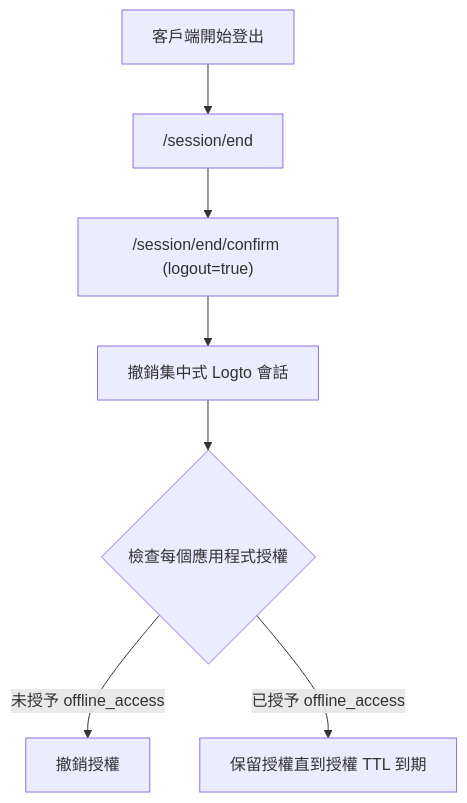
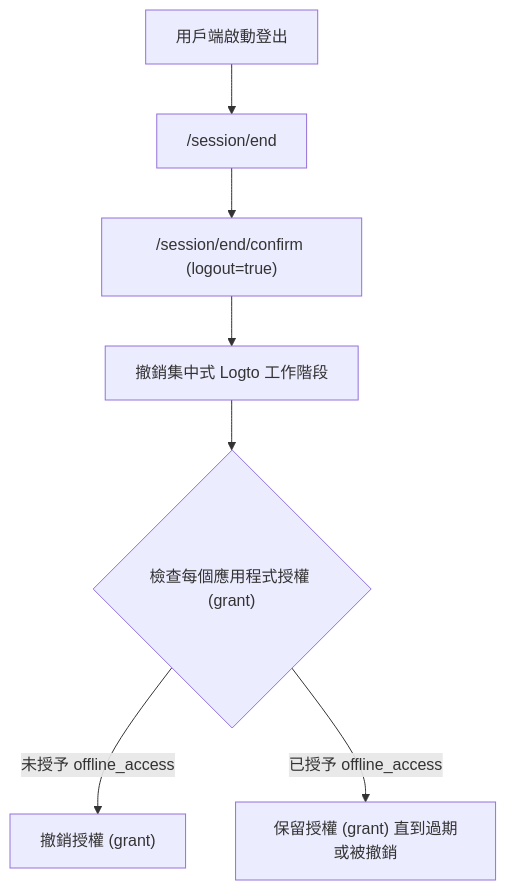
The diagram in i18n/zh-TW/docusaurus-plugin-content-docs/current/end-user-flows/sign-out.mdx (logto-io/docs), drawn with Mermaid before and after one commit. The commit also changed other lines of this file and 66 other files, not shown here.

````diff
--- a/i18n/zh-TW/docusaurus-plugin-content-docs/current/end-user-flows/sign-out.mdx
+++ b/i18n/zh-TW/docusaurus-plugin-content-docs/current/end-user-flows/sign-out.mdx
@@ -45,9 +45,9 @@
 ```mermaid
 flowchart TD
-  A["客戶端開始登出"] --> B["/session/end"]
+  A["用戶端啟動登出"] --> B["/session/end"]
   B --> C["/session/end/confirm (logout=true)"]
-  C --> D["撤銷集中式 Logto 會話"]
-  D --> E{"檢查每個應用程式授權"}
-  E -->|"未授予 offline_access"| F["撤銷授權"]
-  E -->|"已授予 offline_access"| G["保留授權直到授權 TTL 到期"]
+  C --> D["撤銷集中式 Logto 工作階段"]
+  D --> E{"檢查每個應用程式授權 (grant)"}
+  E -->|"未授予 offline_access"| F["撤銷授權 (grant)"]
+  E -->|"已授予 offline_access"| G["保留授權 (grant) 直到過期或被撤銷"]
 ```
````
